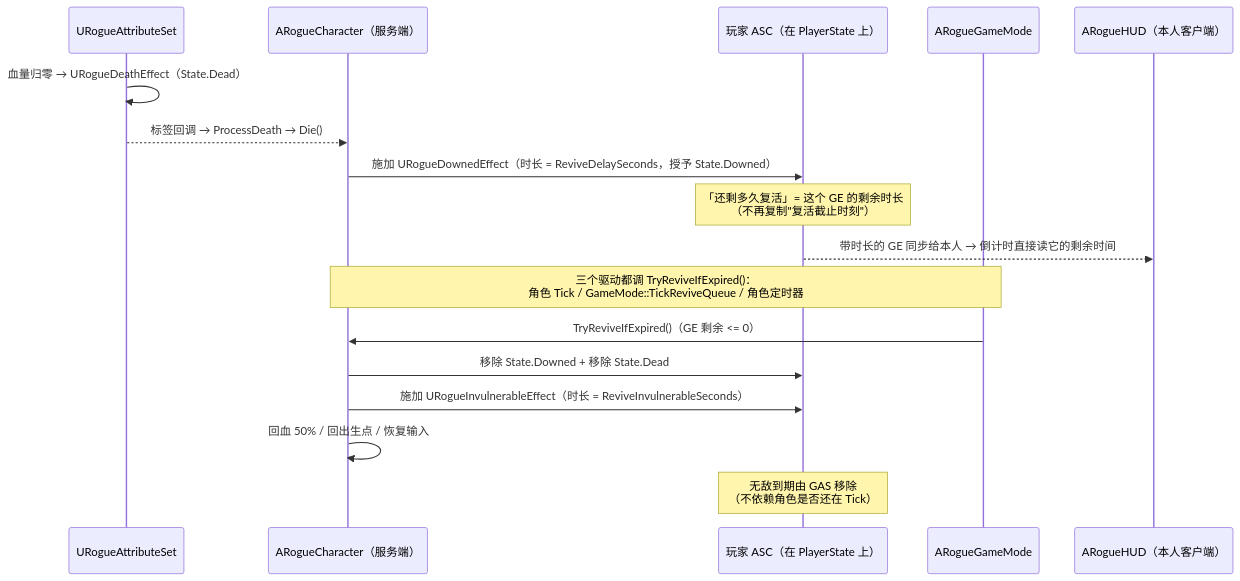
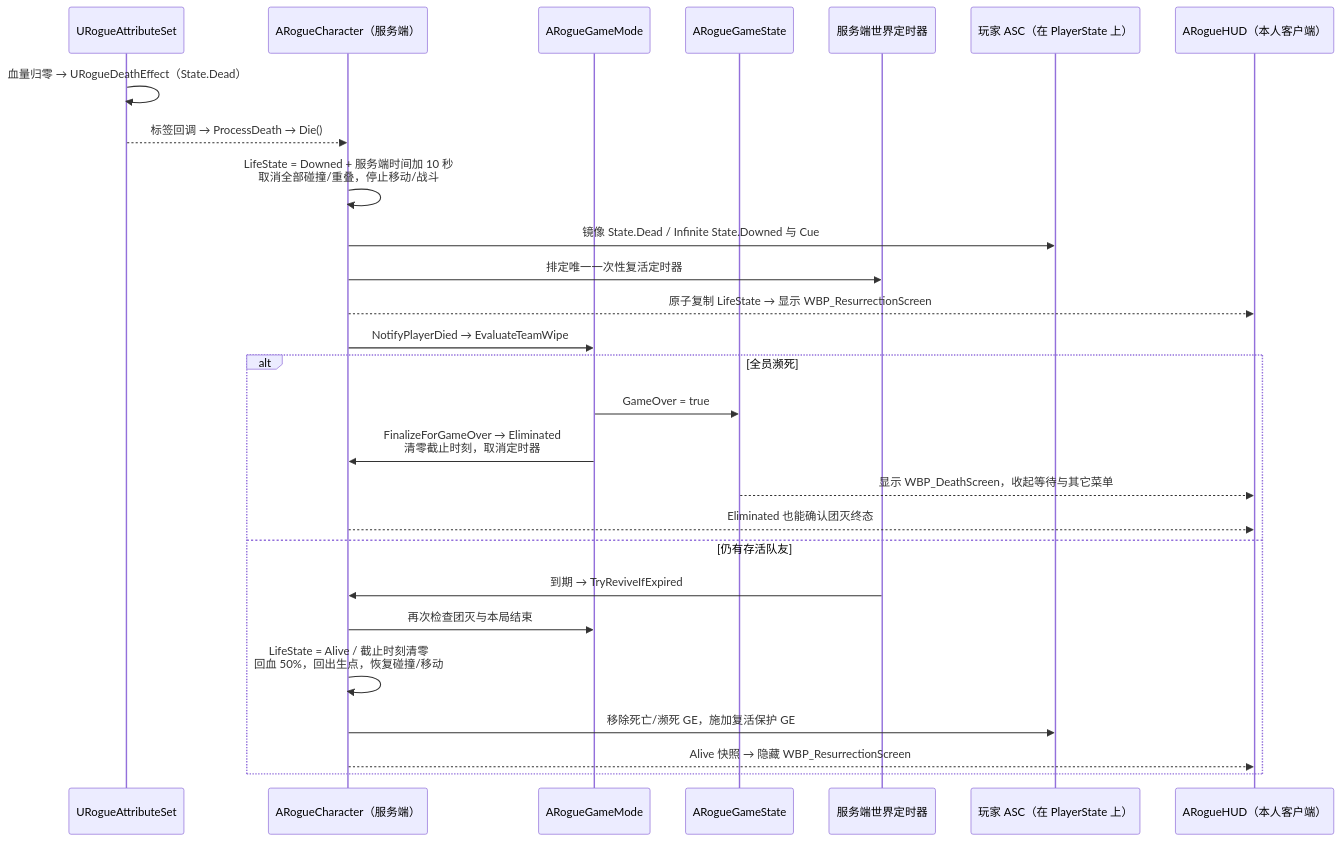
The fifth of 6 diagrams in Docs/Project-Structure.md (Elysiasloverly/AI-), drawn with Mermaid before and after one commit. The commit also changed other lines of this file and 1102 other files, not shown here.

````diff
--- a/Docs/Project-Structure.md
+++ b/Docs/Project-Structure.md
@@ -284,20 +258,30 @@
 ```mermaid
 sequenceDiagram
     participant AS as URogueAttributeSet
     participant C as ARogueCharacter（服务端）
+    participant GM as ARogueGameMode
+    participant GS as ARogueGameState
+    participant Timer as 服务端世界定时器
     participant ASC as 玩家 ASC（在 PlayerState 上）
-    participant GM as ARogueGameMode
     participant HUD as ARogueHUD（本人客户端）
 
     AS->>AS: 血量归零 → URogueDeathEffect（State.Dead）
     AS-->>C: 标签回调 → ProcessDeath → Die()
-    C->>ASC: 施加 URogueDownedEffect（时长 = ReviveDelaySeconds，授予 State.Downed）
-    Note over ASC: 「还剩多久复活」= 这个 GE 的剩余时长<br/>（不再复制"复活截止时刻"）
-    ASC-->>HUD: 带时长的 GE 同步给本人 → 倒计时直接读它的剩余时间
-    Note over C,GM: 三个驱动都调 TryReviveIfExpired()：<br/>角色 Tick / GameMode::TickReviveQueue / 角色定时器
-    GM->>C: TryReviveIfExpired()（GE 剩余 <= 0）
-    C->>ASC: 移除 State.Downed + 移除 State.Dead
-    C->>ASC: 施加 URogueInvulnerableEffect（时长 = ReviveInvulnerableSeconds）
-    C->>C: 回血 50% / 回出生点 / 恢复输入
-    Note over ASC: 无敌到期由 GAS 移除<br/>（不依赖角色是否还在 Tick）
+    C->>C: LifeState = Downed + 服务端时间加 10 秒<br/>取消全部碰撞/重叠，停止移动/战斗
+    C->>ASC: 镜像 State.Dead / Infinite State.Downed 与 Cue
+    C->>Timer: 排定唯一一次性复活定时器
+    C-->>HUD: 原子复制 LifeState → 显示 WBP_ResurrectionScreen
+    C->>GM: NotifyPlayerDied → EvaluateTeamWipe
+    alt 全员濒死
+        GM->>GS: GameOver = true
+        GM->>C: FinalizeForGameOver → Eliminated<br/>清零截止时刻，取消定时器
+        GS-->>HUD: 显示 WBP_DeathScreen，收起等待与其它菜单
+        C-->>HUD: Eliminated 也能确认团灭终态
+    else 仍有存活队友
+        Timer->>C: 到期 → TryReviveIfExpired
+        C->>GM: 再次检查团灭与本局结束
+        C->>C: LifeState = Alive / 截止时刻清零<br/>回血 50%，回出生点，恢复碰撞/移动
+        C->>ASC: 移除死亡/濒死 GE，施加复活保护 GE
+        C-->>HUD: Alive 快照 → 隐藏 WBP_ResurrectionScreen
+    end
 ```
````
